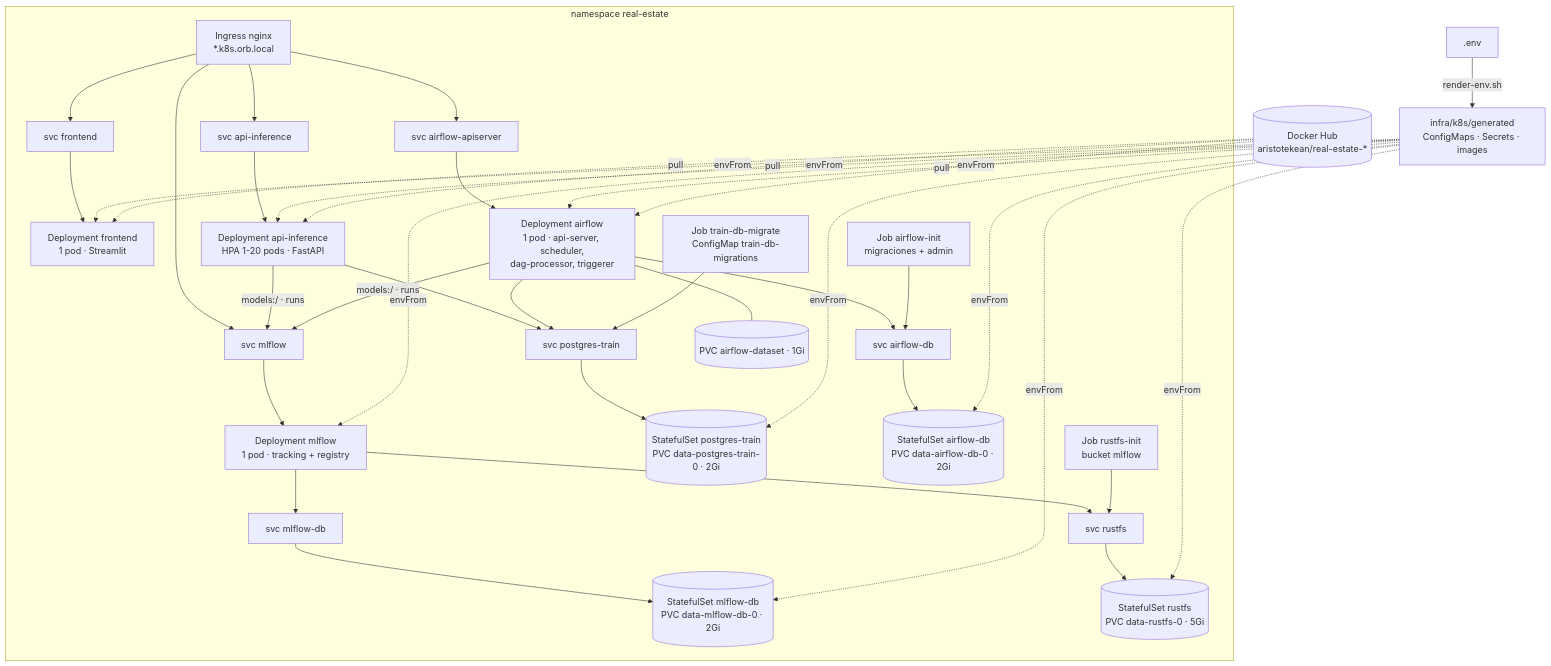
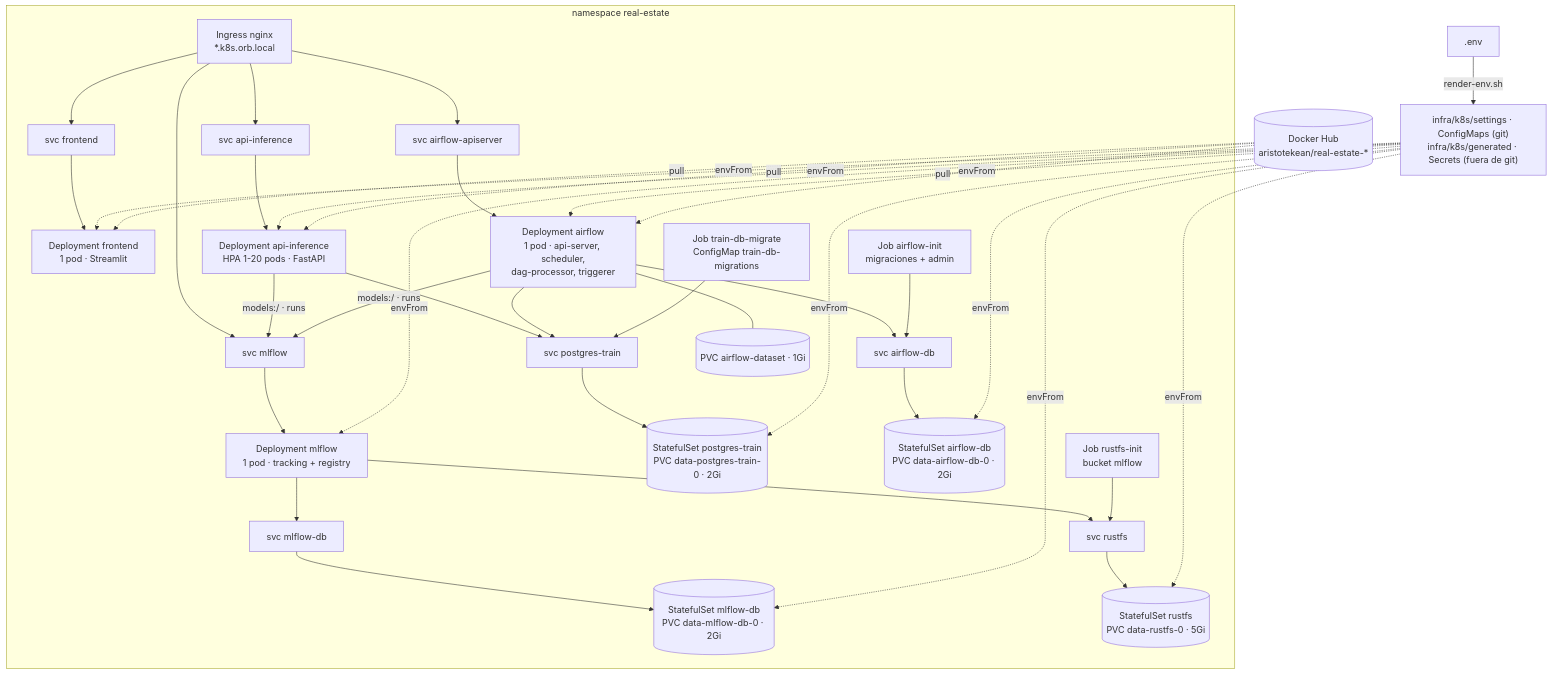
One commit to aristotekean/mlops-real-state-pricing changed the second of 3 diagrams in README.md. Above: the diagram before and after it, drawn with Mermaid. The commit also changed other lines of this file and 18 other files, not shown here.

````diff
--- a/README.md
+++ b/README.md
@@ -91,27 +94,27 @@
 ```mermaid
 flowchart TB
-    env[".env"] -->|render-env.sh| gen["infra/k8s/generated<br/>ConfigMaps · Secrets · images"]
+    env[".env"] -->|render-env.sh| gen["infra/k8s/settings · ConfigMaps (git)<br/>infra/k8s/generated · Secrets (fuera de git)"]
 
     subgraph ns["namespace real-estate"]
         ing["Ingress nginx<br/>*.k8s.orb.local"]
         ing --> svcfe["svc frontend"] --> fe["Deployment frontend<br/>1 pod · Streamlit"]
         ing --> svcapi["svc api-inference"] --> api["Deployment api-inference<br/>HPA 1-20 pods · FastAPI"]
         ing --> svcml["svc mlflow"] --> ml["Deployment mlflow<br/>1 pod · tracking + registry"]
         ing --> svcaf["svc airflow-apiserver"] --> af["Deployment airflow<br/>1 pod · api-server, scheduler,<br/>dag-processor, triggerer"]
 
         api --> svcpt["svc postgres-train"] --> pt[("StatefulSet postgres-train<br/>PVC data-postgres-train-0 · 2Gi")]
         af --> svcpt
         af --> svcafdb["svc airflow-db"] --> afdb[("StatefulSet airflow-db<br/>PVC data-airflow-db-0 · 2Gi")]
         ml --> svcmldb["svc mlflow-db"] --> mldb[("StatefulSet mlflow-db<br/>PVC data-mlflow-db-0 · 2Gi")]
         ml --> svcrustfs["svc rustfs"] --> rustfs[("StatefulSet rustfs<br/>PVC data-rustfs-0 · 5Gi")]
         api & af -->|"models:/ · runs"| svcml
         af --- pvcaf[("PVC airflow-dataset · 1Gi")]
 
         jmig["Job train-db-migrate<br/>ConfigMap train-db-migrations"] --> svcpt
         jrustfs["Job rustfs-init<br/>bucket mlflow"] --> svcrustfs
         jaf["Job airflow-init<br/>migraciones + admin"] --> svcafdb
     end
 
     gen -.->|envFrom| fe & api & ml & af & pt & afdb & mldb & rustfs
     hub[("Docker Hub<br/>aristotekean/real-estate-*")] -.->|pull| fe & api & af
 ```
````
